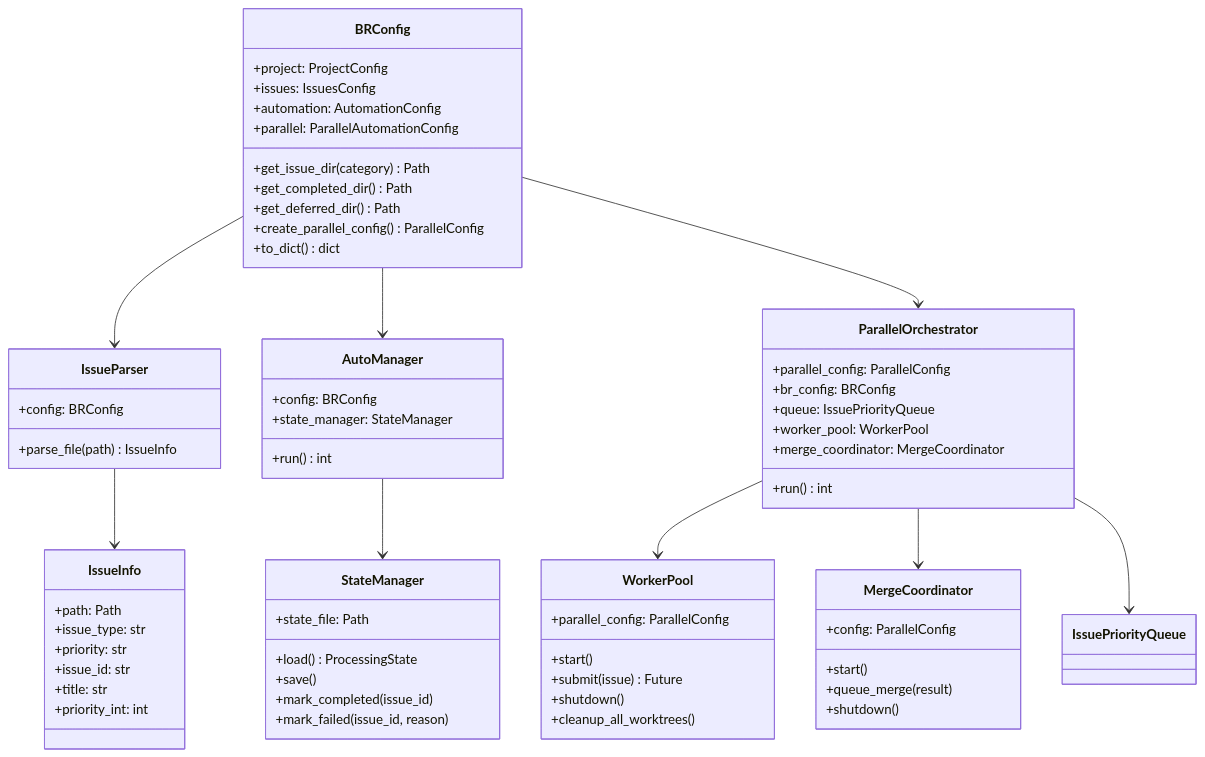
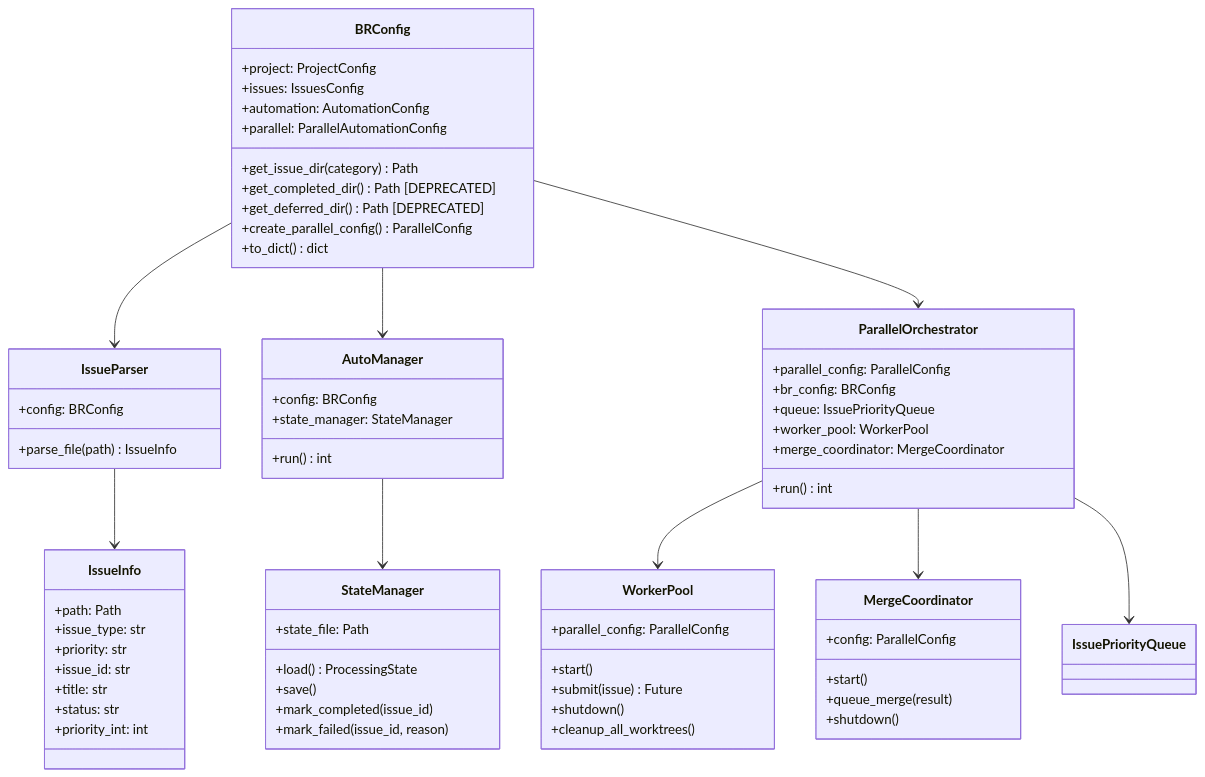
The fifth of 13 diagrams in docs/ARCHITECTURE.md (BrennonTWilliams/little-loops), drawn with Mermaid before and after one commit. The commit also changed 11 other files, not shown here.

First line of the commit message:
feat(issue-parser): add IssueInfo.status field and deprecate dir-based status methods

````diff
--- a/docs/ARCHITECTURE.md
+++ b/docs/ARCHITECTURE.md
@@ -540,75 +540,76 @@
 ```mermaid
 classDiagram
     class BRConfig {
         +project: ProjectConfig
         +issues: IssuesConfig
         +automation: AutomationConfig
         +parallel: ParallelAutomationConfig
         +get_issue_dir(category) Path
-        +get_completed_dir() Path
-        +get_deferred_dir() Path
+        +get_completed_dir() Path [DEPRECATED]
+        +get_deferred_dir() Path [DEPRECATED]
         +create_parallel_config() ParallelConfig
         +to_dict() dict
     }
 
     class IssueParser {
         +config: BRConfig
         +parse_file(path) IssueInfo
     }
 
     class IssueInfo {
         +path: Path
         +issue_type: str
         +priority: str
         +issue_id: str
         +title: str
+        +status: str
         +priority_int: int
     }
 
     class AutoManager {
         +config: BRConfig
         +state_manager: StateManager
         +run() int
     }
 
     class StateManager {
         +state_file: Path
         +load() ProcessingState
         +save()
         +mark_completed(issue_id)
         +mark_failed(issue_id, reason)
     }
 
     class ParallelOrchestrator {
         +parallel_config: ParallelConfig
         +br_config: BRConfig
         +queue: IssuePriorityQueue
         +worker_pool: WorkerPool
         +merge_coordinator: MergeCoordinator
         +run() int
     }
 
     class WorkerPool {
         +parallel_config: ParallelConfig
         +start()
         +submit(issue) Future
         +shutdown()
         +cleanup_all_worktrees()
     }
 
     class MergeCoordinator {
         +config: ParallelConfig
         +start()
         +queue_merge(result)
         +shutdown()
     }
 
     BRConfig --> IssueParser
     IssueParser --> IssueInfo
     BRConfig --> AutoManager
     AutoManager --> StateManager
     BRConfig --> ParallelOrchestrator
     ParallelOrchestrator --> WorkerPool
     ParallelOrchestrator --> MergeCoordinator
     ParallelOrchestrator --> IssuePriorityQueue
 ```
````
